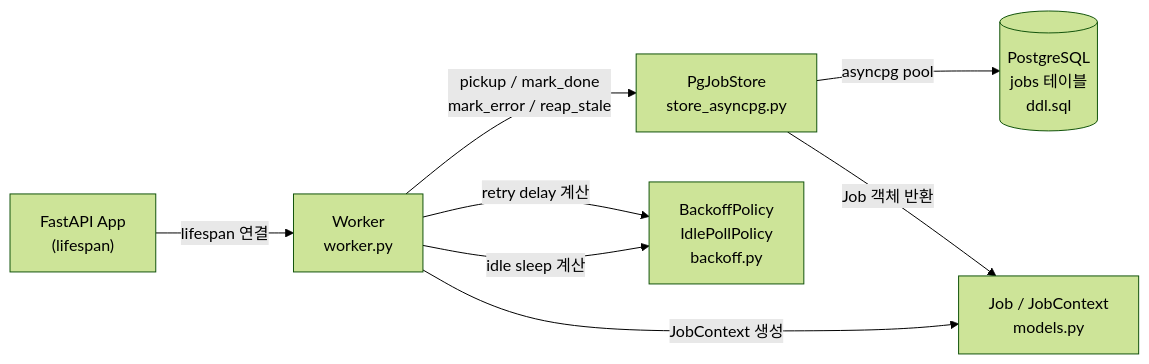
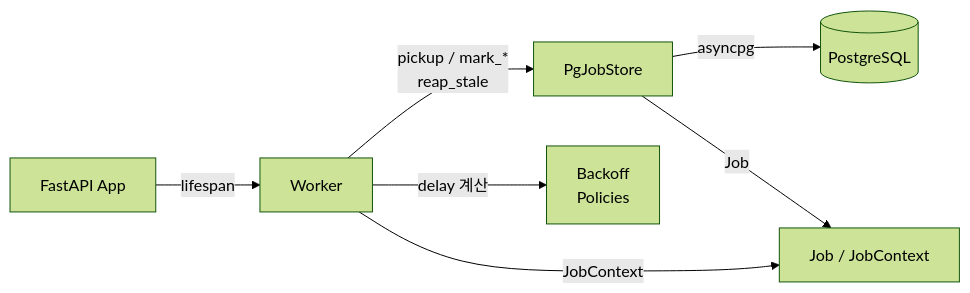
One commit to changhyeon363/pqrun changed the first of 8 diagrams in docs/developer/architecture.md. Above: the diagram before and after it, drawn with Mermaid (forest theme). The commit also changed other lines of this file and 9 other files, not shown here.

````diff
--- a/docs/developer/architecture.md
+++ b/docs/developer/architecture.md
@@ -26,17 +30,16 @@
 ```mermaid
 graph LR
-    APP["FastAPI App<br/>(lifespan)"]
-    W["Worker<br/>worker.py"]
-    S["PgJobStore<br/>store_asyncpg.py"]
-    BP["BackoffPolicy<br/>IdlePollPolicy<br/>backoff.py"]
-    M["Job / JobContext<br/>models.py"]
-    DB[("PostgreSQL<br/>jobs 테이블<br/>ddl.sql")]
+    APP["FastAPI App"]
+    W["Worker"]
+    S["PgJobStore"]
+    BP["Backoff<br/>Policies"]
+    M["Job / JobContext"]
+    DB[("PostgreSQL")]
 
-    APP -->|lifespan 연결| W
-    W -->|"pickup / mark_done<br/>mark_error / reap_stale"| S
-    W -->|retry delay 계산| BP
-    W -->|idle sleep 계산| BP
-    S -->|asyncpg pool| DB
-    S -->|Job 객체 반환| M
-    W -->|JobContext 생성| M
+    APP -->|lifespan| W
+    W -->|"pickup / mark_*<br/>reap_stale"| S
+    W -->|delay 계산| BP
+    S -->|asyncpg| DB
+    S -->|Job| M
+    W -->|JobContext| M
 ```
````
